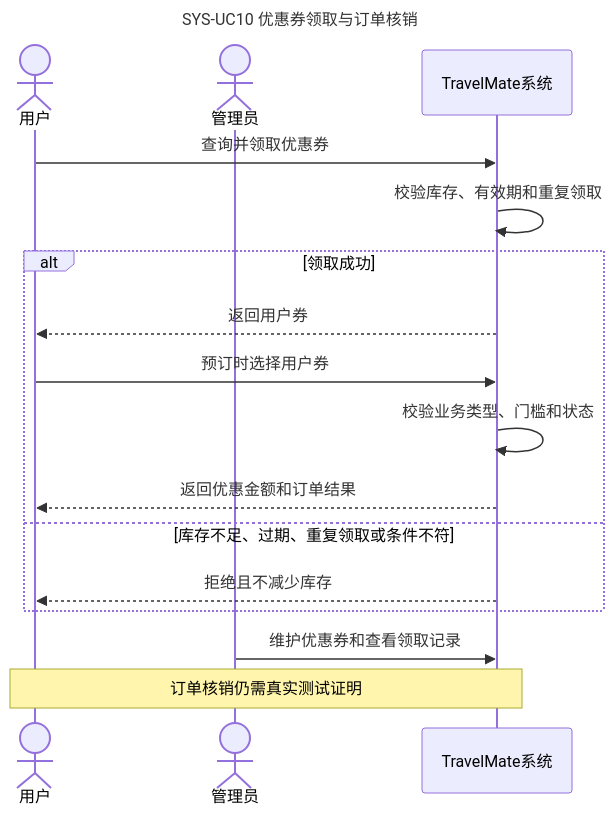
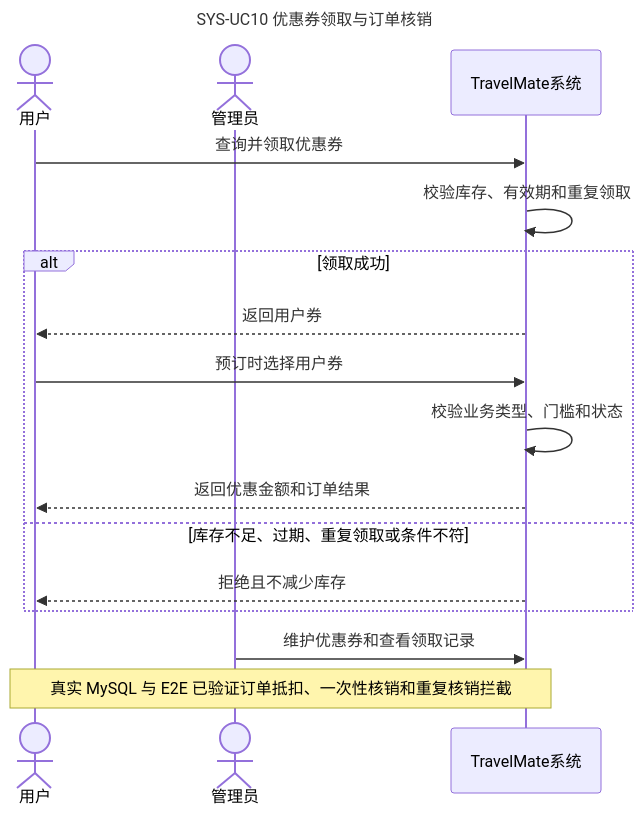
One commit to Miracle060811/Software_engineering changed the diagram in 02_docs/需求规格说明/source/SYS-UC10_优惠券领取与核销.mmd. Above: the diagram before and after it, drawn with Mermaid. The commit also changed 55 other files, not shown here.

Commit message:
docs: 同步最终交付文档与设计图

```diff
--- a/02_docs/需求规格说明/source/SYS-UC10_优惠券领取与核销.mmd
+++ b/02_docs/需求规格说明/source/SYS-UC10_优惠券领取与核销.mmd
@@ -1,17 +1,17 @@
 sequenceDiagram
     title SYS-UC10 优惠券领取与订单核销
     actor U as 用户
     actor A as 管理员
     participant S as TravelMate系统
     U->>S: 查询并领取优惠券
     S->>S: 校验库存、有效期和重复领取
     alt 领取成功
         S-->>U: 返回用户券
         U->>S: 预订时选择用户券
         S->>S: 校验业务类型、门槛和状态
         S-->>U: 返回优惠金额和订单结果
     else 库存不足、过期、重复领取或条件不符
         S-->>U: 拒绝且不减少库存
     end
     A->>S: 维护优惠券和查看领取记录
-    Note over U,S: 订单核销仍需真实测试证明
+    Note over U,S: 真实 MySQL 与 E2E 已验证订单抵扣、一次性核销和重复核销拦截
```
